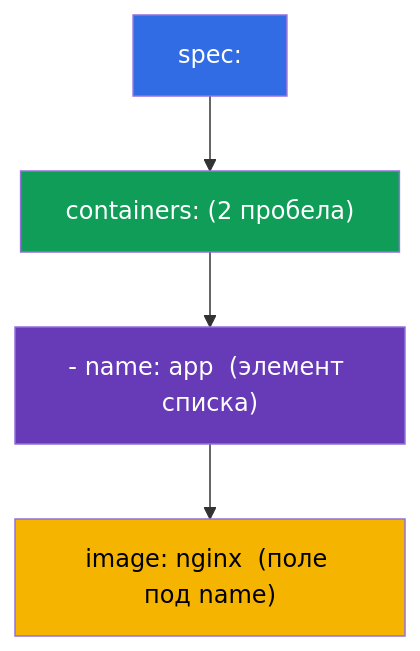
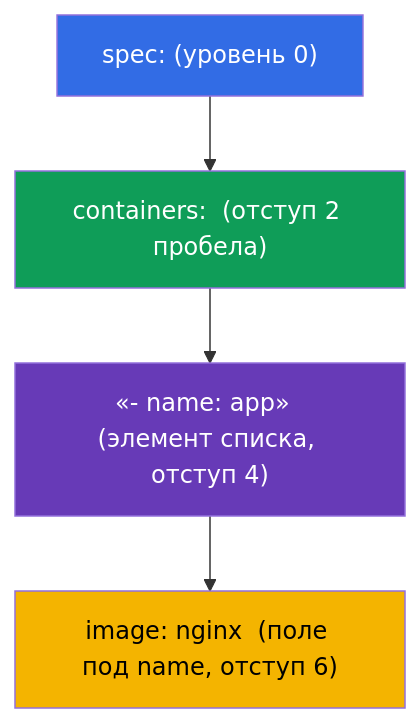
The third of 4 diagrams in tasks/cka/course/00-6-yaml/ru.md (ViktorUJ/cks), drawn with Mermaid before and after one commit. The commit also changed other lines of this file and 10 other files, not shown here.

````diff
--- a/tasks/cka/course/00-6-yaml/ru.md
+++ b/tasks/cka/course/00-6-yaml/ru.md
@@ -82,10 +82,10 @@
 ```mermaid
 flowchart TB
-    a["spec:"] --> b["  containers:  (2 пробела)"]
-    b --> c["    - name: app  (элемент списка)"]
-    c --> d["      image: nginx  (поле под name)"]
+    a["spec:  (уровень 0)"] --> b["containers:  (отступ 2 пробела)"]
+    b --> c["«- name: app»  (элемент списка, отступ 4)"]
+    c --> d["image: nginx  (поле под name, отступ 6)"]
     style a fill:#326ce5,color:#fff
     style b fill:#0f9d58,color:#fff
     style c fill:#673ab7,color:#fff
     style d fill:#f4b400,color:#000
 ```
````
